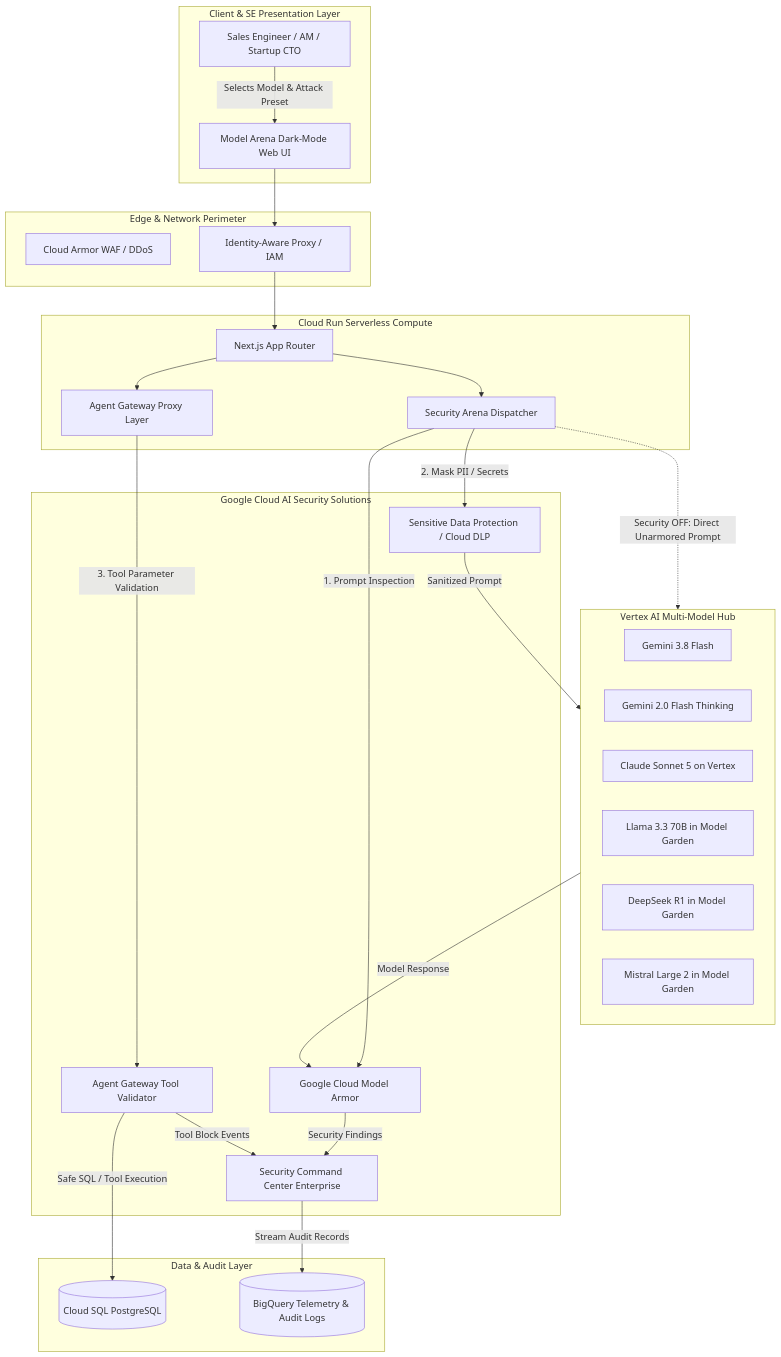
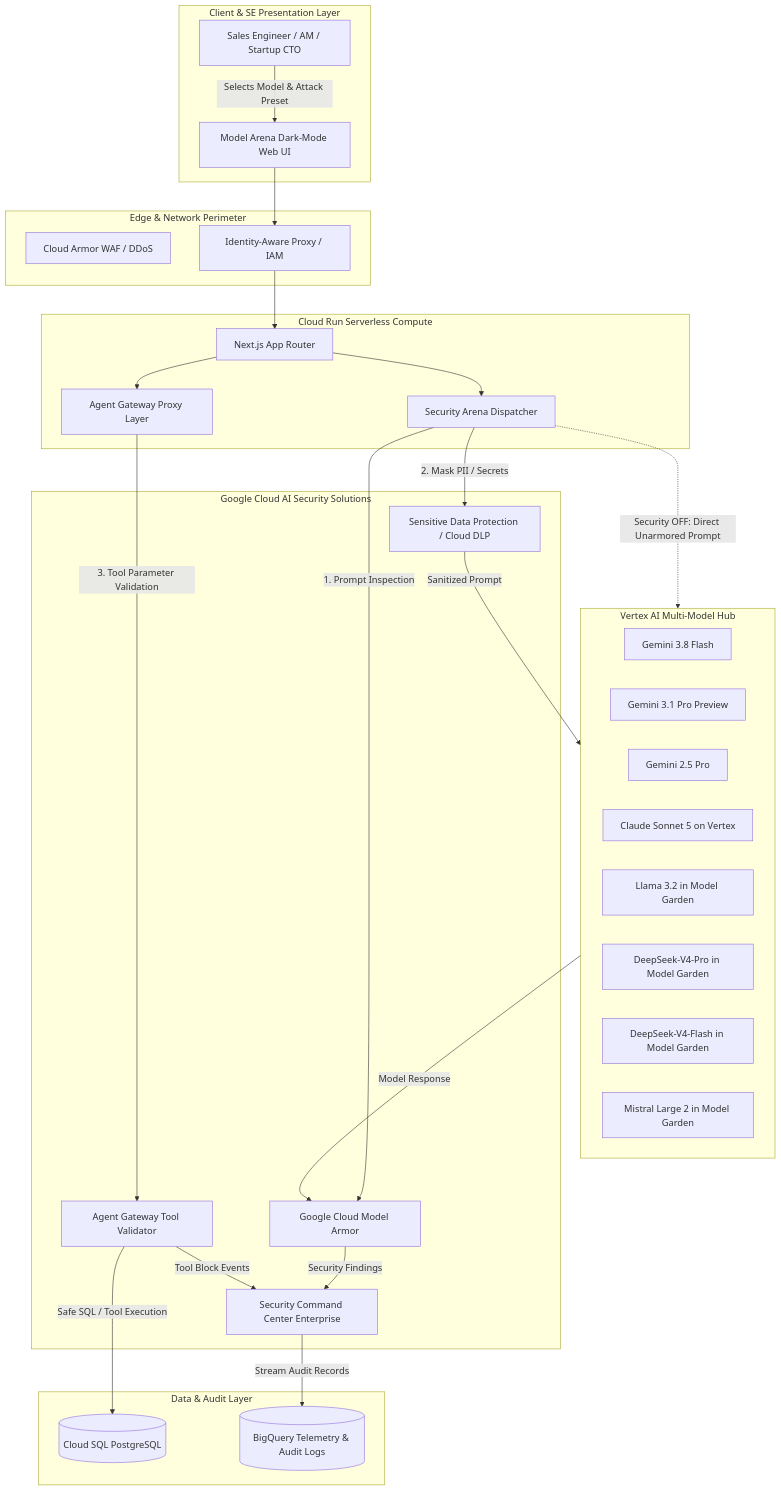
One commit to frankien-work/Model-Arena changed the diagram in docs/ARCHITECTURE.md. Above: the diagram before and after it, drawn with Mermaid. The commit also changed other lines of this file and 5 other files, not shown here.

Commit message:
feat(models): update model lineup with Gemini 3.1 Pro Preview, Gemini 2.5 Pro, Llama 3.2, DeepSeek-V4-Pro, DeepSeek-V4-Flash, and Gemini 3.8 Flash thinking levels

````diff
--- a/docs/ARCHITECTURE.md
+++ b/docs/ARCHITECTURE.md
@@ -11,61 +11,63 @@
 ```mermaid
 flowchart TB
     subgraph ClientAndSE [Client & SE Presentation Layer]
         User[Sales Engineer / AM / Startup CTO]
         Browser[Model Arena Dark-Mode Web UI]
         User -->|Selects Model & Attack Preset| Browser
     end
 
     subgraph EdgeAndNetwork [Edge & Network Perimeter]
         CloudArmor[Cloud Armor WAF / DDoS]
         IAP[Identity-Aware Proxy / IAM]
     end
 
     subgraph CloudRunSvc [Cloud Run Serverless Compute]
         AppUI[Next.js App Router]
         SecRouter[Security Arena Dispatcher]
         AgentProxy[Agent Gateway Proxy Layer]
         AppUI --> SecRouter
         AppUI --> AgentProxy
     end
 
     subgraph DefenseInDepth [Google Cloud AI Security Solutions]
         ModelArmor[Google Cloud Model Armor]
         CloudDLP[Sensitive Data Protection / Cloud DLP]
         AgentGW[Agent Gateway Tool Validator]
         SCCe[Security Command Center Enterprise]
     end
 
     subgraph VertexAIHub [Vertex AI Multi-Model Hub]
         GeminiFlash[Gemini 3.8 Flash]
-        GeminiThinking[Gemini 2.0 Flash Thinking]
+        GeminiPro31[Gemini 3.1 Pro Preview]
+        GeminiPro25[Gemini 2.5 Pro]
         ClaudeSonnet[Claude Sonnet 5 on Vertex]
-        Llama[Llama 3.3 70B in Model Garden]
-        DeepSeek[DeepSeek R1 in Model Garden]
+        Llama[Llama 3.2 in Model Garden]
+        DeepSeekPro[DeepSeek-V4-Pro in Model Garden]
+        DeepSeekFlash[DeepSeek-V4-Flash in Model Garden]
         Mistral[Mistral Large 2 in Model Garden]
     end
 
     subgraph DataAndAudit [Data & Audit Layer]
         CloudSQL[(Cloud SQL PostgreSQL)]
         BigQuery[(BigQuery Telemetry & Audit Logs)]
     end
 
     Browser --> IAP
     IAP --> AppUI
 
     %% Left Pane: Guardrails OFF
     SecRouter -.->|Security OFF: Direct Unarmored Prompt| VertexAIHub
 
     %% Right Pane: Guardrails ON
     SecRouter -->|1. Prompt Inspection| ModelArmor
     SecRouter -->|2. Mask PII / Secrets| CloudDLP
     CloudDLP -->|Sanitized Prompt| VertexAIHub
     VertexAIHub -->|Model Response| ModelArmor
     AgentProxy -->|3. Tool Parameter Validation| AgentGW
     AgentGW -->|Safe SQL / Tool Execution| CloudSQL
 
     %% Audit Log Stream
     ModelArmor -->|Security Findings| SCCe
     AgentGW -->|Tool Block Events| SCCe
     SCCe -->|Stream Audit Records| BigQuery
 ```
````
